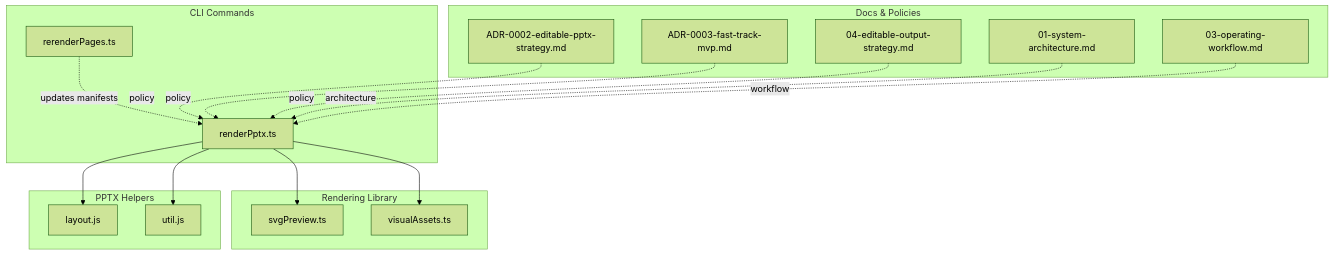
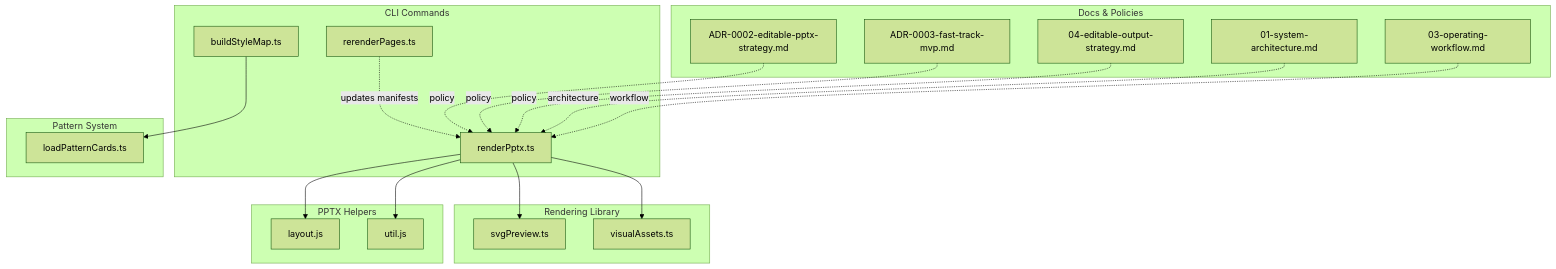
One commit to brantzh6/deepPPT changed the first of 11 diagrams in .qoder/repowiki/en/content/Rendering Pipeline/Preview System.md. Above: the diagram before and after it, drawn with Mermaid (forest theme). The commit also changed other lines of this file and 18 other files, not shown here.

Commit message:
Redesign layered_architecture_stack with compact annotation pills following OpenClaw seed reference

````diff
--- a/.qoder/repowiki/en/content/Rendering Pipeline/Preview System.md
+++ b/.qoder/repowiki/en/content/Rendering Pipeline/Preview System.md
@@ -41,32 +53,37 @@
 ```mermaid
 graph TB
 subgraph "CLI Commands"
 RP["renderPptx.ts"]
 RRP["rerenderPages.ts"]
+BSM["buildStyleMap.ts"]
 end
 subgraph "Rendering Library"
 SP["svgPreview.ts"]
 VA["visualAssets.ts"]
+end
+subgraph "Pattern System"
+LPC["loadPatternCards.ts"]
 end
 subgraph "PPTX Helpers"
 LJS["layout.js"]
 UJS["util.js"]
 end
 subgraph "Docs & Policies"
 ADR2["ADR-0002-editable-pptx-strategy.md"]
 ADR3["ADR-0003-fast-track-mvp.md"]
 EOS["04-editable-output-strategy.md"]
 ARCH["01-system-architecture.md"]
 WF["03-operating-workflow.md"]
 end
 RP --> SP
 RP --> VA
 RP --> LJS
 RP --> UJS
+BSM --> LPC
 RRP -. updates manifests .-> RP
 ADR2 -. policy .-> RP
 ADR3 -. policy .-> RP
 EOS -. policy .-> RP
 ARCH -. architecture .-> RP
 WF -. workflow .-> RP
 ```
````
